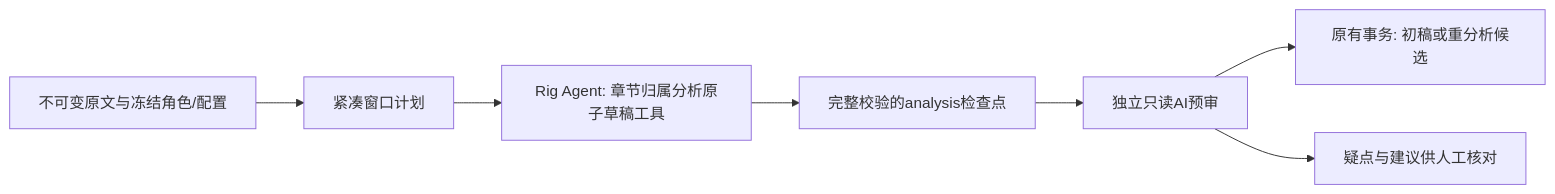
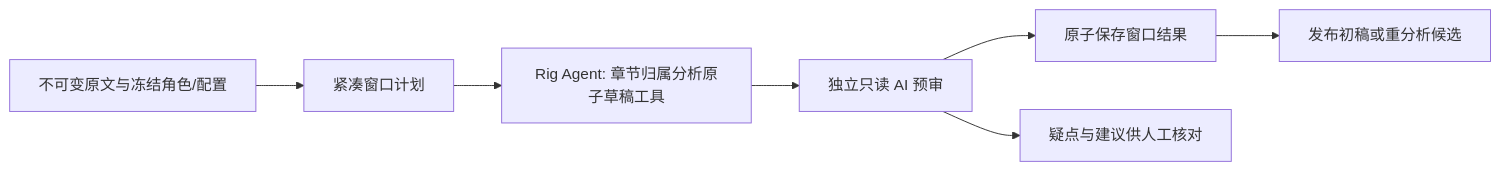
Before and after one commit to yexiyue/castglean: the diagram in docs/knowledge/decisions/chapter-agent-production.md, drawn with Mermaid. The commit also changed other lines of this file and 241 other files, not shown here.

````diff
--- a/docs/knowledge/decisions/chapter-agent-production.md
+++ b/docs/knowledge/decisions/chapter-agent-production.md
@@ -9,9 +9,9 @@
 ```mermaid
 flowchart LR
     S[不可变原文与冻结角色/配置] --> W[紧凑窗口计划]
     W --> A[Rig Agent: 章节归属分析原子草稿工具]
-    A --> C[完整校验的analysis检查点]
-    C --> R[独立只读AI预审]
-    R --> P[原有事务: 初稿或重分析候选]
+    A --> R[独立只读 AI 预审]
+    R --> C[原子保存窗口结果]
+    C --> P[发布初稿或重分析候选]
     R --> H[疑点与建议供人工核对]
 ```
````
